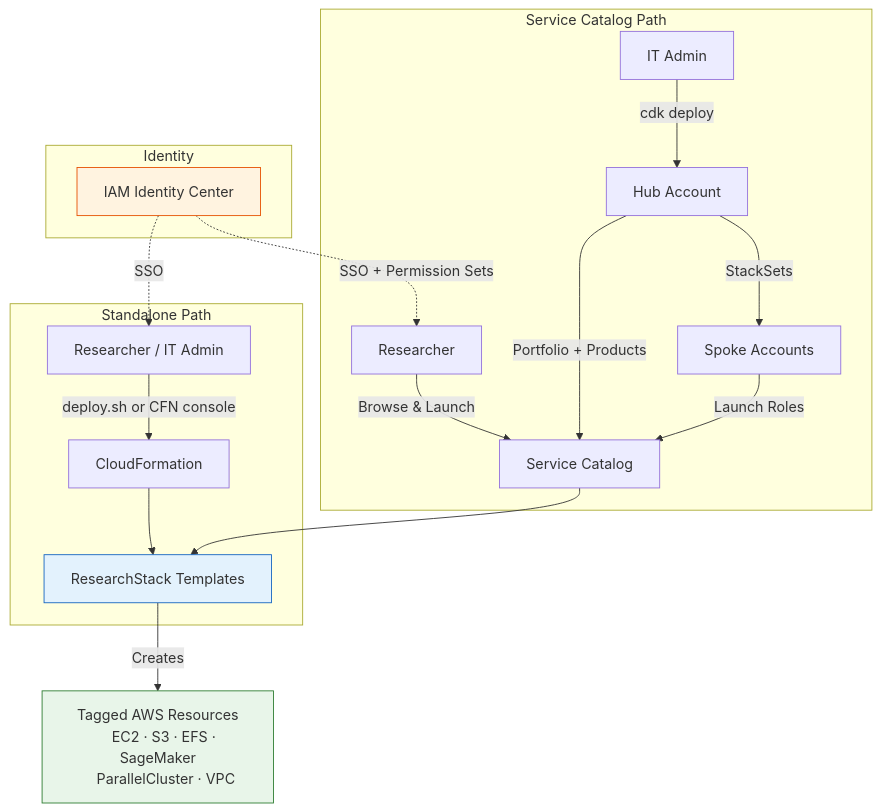
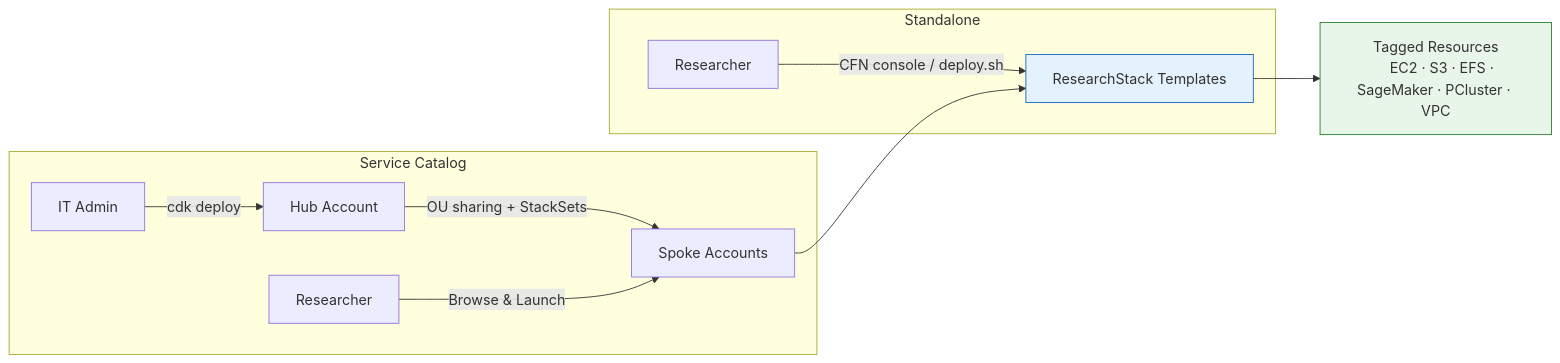
Before and after one commit to awslabs/researchstack-on-aws: the diagram in README.md, drawn with Mermaid.

Commit message:
docs: simplify architecture diagram — cleaner left-right flow

````diff
--- a/README.md
+++ b/README.md
@@ -94,29 +94,19 @@
 ```mermaid
-graph TB
-    subgraph "Standalone Path"
-        R1[Researcher / IT Admin] -->|"deploy.sh or CFN console"| CFN[CloudFormation]
-        CFN --> T[ResearchStack Templates]
+graph LR
+    subgraph Standalone
+        A[Researcher] -->|"CFN console / deploy.sh"| T
     end
 
-    subgraph "Service Catalog Path"
-        Admin[IT Admin] -->|"cdk deploy"| Hub[Hub Account]
-        Hub -->|Portfolio + Products| SC[Service Catalog]
-        Hub -->|StackSets| Spoke[Spoke Accounts]
-        Spoke -->|Launch Roles| SC
-        R2[Researcher] -->|"Browse & Launch"| SC
-        SC --> T
+    subgraph "Service Catalog"
+        B[IT Admin] -->|"cdk deploy"| Hub[Hub Account]
+        Hub -->|"OU sharing + StackSets"| Spoke[Spoke Accounts]
+        C[Researcher] -->|"Browse & Launch"| Spoke
+        Spoke --> T
     end
 
-    subgraph "Identity"
-        IDC[IAM Identity Center] -.->|SSO| R1
-        IDC -.->|SSO + Permission Sets| R2
-    end
+    T[ResearchStack Templates] --> R["Tagged Resources
+    EC2 · S3 · EFS · SageMaker · PCluster · VPC"]
 
-    T -->|Creates| Resources["Tagged AWS Resources
-    EC2 · S3 · EFS · SageMaker
-    ParallelCluster · VPC"]
-
-    style Resources fill:#e8f5e9,stroke:#2e7d32
     style T fill:#e3f2fd,stroke:#1565c0
-    style IDC fill:#fff3e0,stroke:#e65100
+    style R fill:#e8f5e9,stroke:#2e7d32
 ```
````
